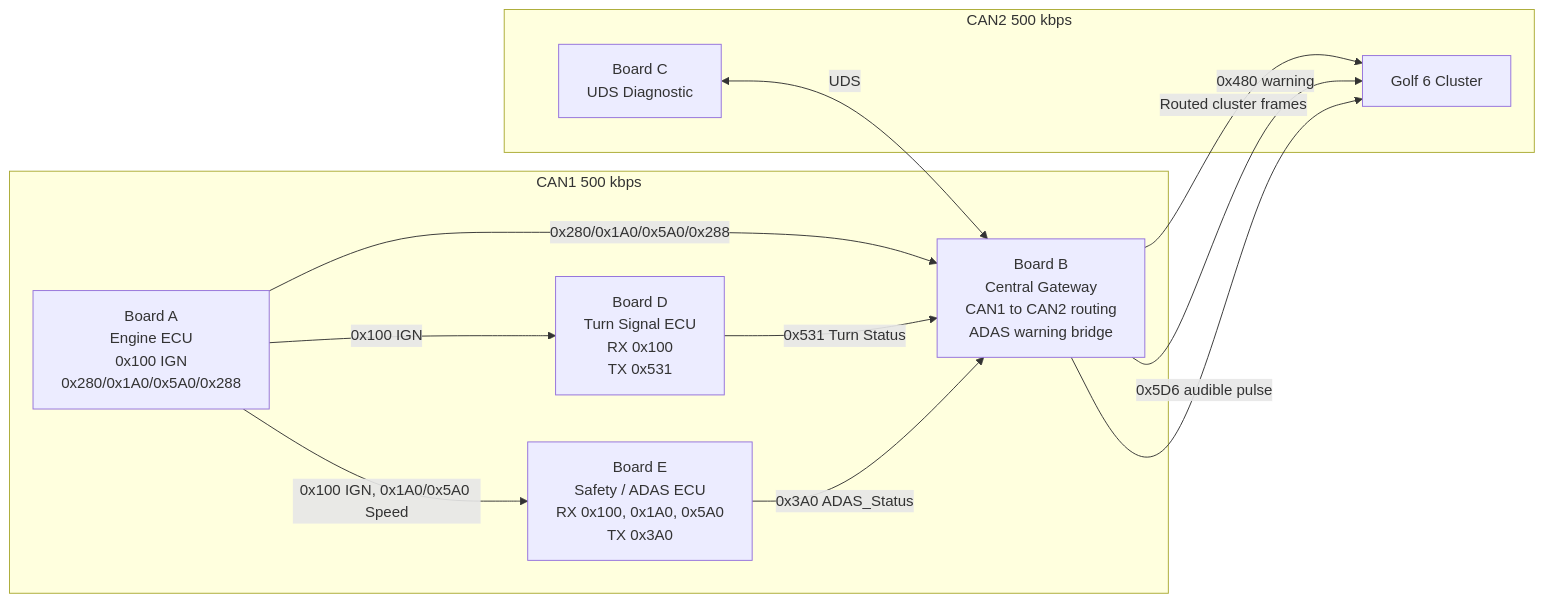
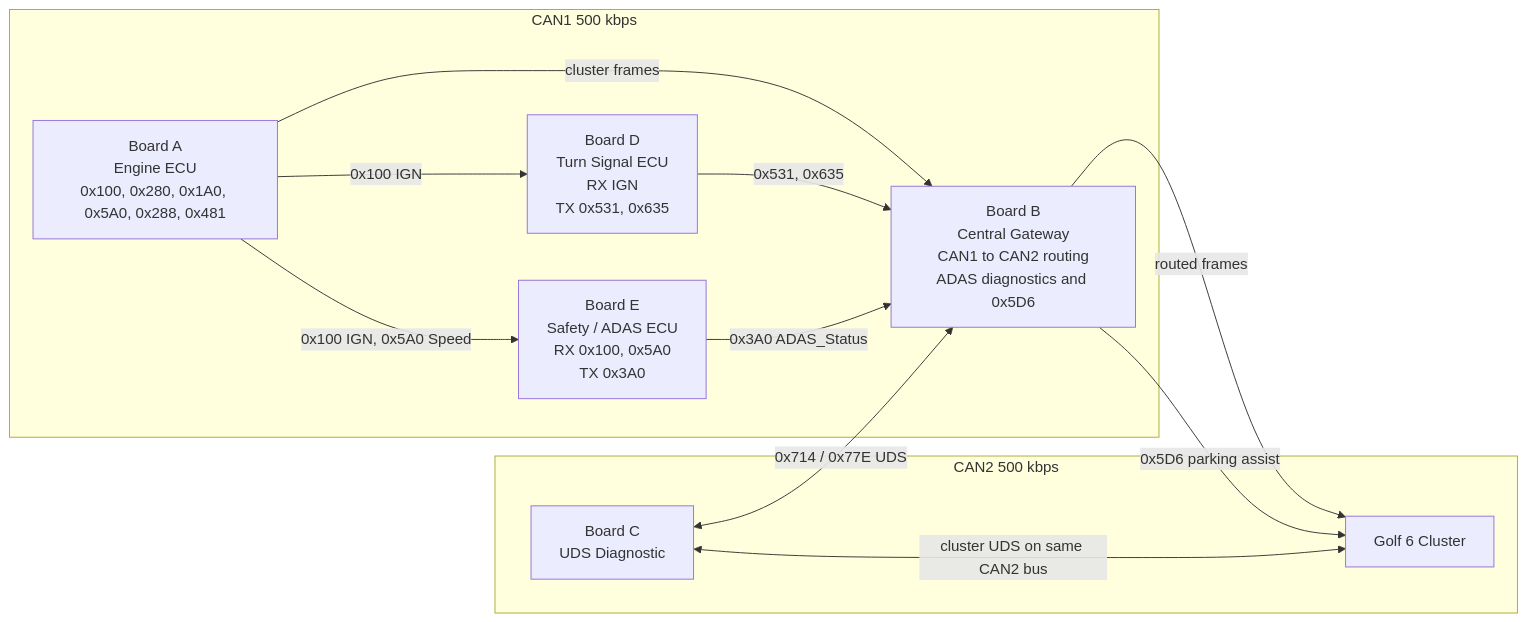
One commit to JJiiyun/can-gateway-uds changed the diagram in README.md. Above: the diagram before and after it, drawn with Mermaid. The commit also changed other lines of this file and 18 other files, not shown here.

````diff
--- a/README.md
+++ b/README.md
@@ -50,31 +56,31 @@
 ```mermaid
 flowchart LR
-    A["Board A<br/>Engine ECU<br/>0x100 IGN<br/>0x280/0x1A0/0x5A0/0x288"]
-    D["Board D<br/>Turn Signal ECU<br/>RX 0x100<br/>TX 0x531"]
-    E["Board E<br/>Safety / ADAS ECU<br/>RX 0x100, 0x1A0, 0x5A0<br/>TX 0x3A0"]
-    B["Board B<br/>Central Gateway<br/>CAN1 to CAN2 routing<br/>ADAS warning bridge"]
+    A["Board A<br/>Engine ECU<br/>0x100, 0x280, 0x1A0, 0x5A0, 0x288, 0x481"]
+    D["Board D<br/>Turn Signal ECU<br/>RX IGN<br/>TX 0x531, 0x635"]
+    E["Board E<br/>Safety / ADAS ECU<br/>RX 0x100, 0x5A0<br/>TX 0x3A0"]
+    B["Board B<br/>Central Gateway<br/>CAN1 to CAN2 routing<br/>ADAS diagnostics and 0x5D6"]
     C["Board C<br/>UDS Diagnostic"]
     K["Golf 6 Cluster"]
 
     subgraph CAN1["CAN1 500 kbps"]
         A
         D
         E
         B
     end
 
     subgraph CAN2["CAN2 500 kbps"]
         C
         K
     end
 
     A -->|0x100 IGN| D
-    A -->|0x100 IGN, 0x1A0/0x5A0 Speed| E
-    A -->|0x280/0x1A0/0x5A0/0x288| B
-    D -->|0x531 Turn Status| B
+    A -->|0x100 IGN, 0x5A0 Speed| E
+    A -->|cluster frames| B
+    D -->|0x531, 0x635| B
     E -->|0x3A0 ADAS_Status| B
-    B -->|Routed cluster frames| K
-    B -->|0x480 warning| K
-    B -->|0x5D6 audible pulse| K
-    C <-->|UDS| B
+    B -->|routed frames| K
+    B -->|0x5D6 parking assist| K
+    C <-->|0x714 / 0x77E UDS| B
+    C <-->|cluster UDS on same CAN2 bus| K
 ```
````
